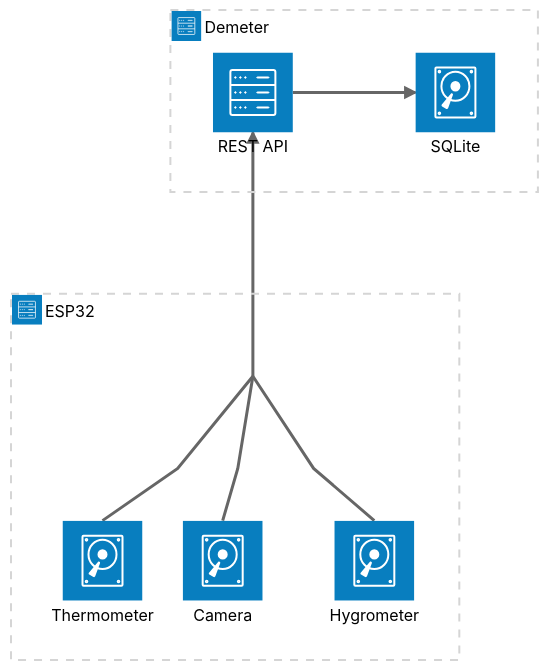
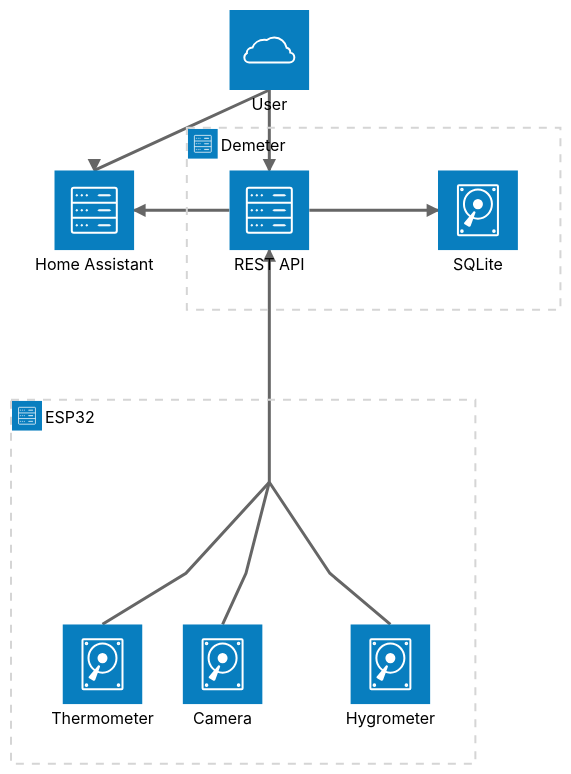
One commit to SethCurry/demeter changed the diagram in docs/content/docs/guides/01-getting-started/index.md. Above: the diagram before and after it, drawn with Mermaid (neutral theme). The commit also changed other lines of this file and 4 other files, not shown here.

````diff
--- a/docs/content/docs/guides/01-getting-started/index.md
+++ b/docs/content/docs/guides/01-getting-started/index.md
@@ -15,26 +47,33 @@
 ```mermaid
 architecture-beta
     group esp(server)[ESP32]
     group demeter(server)[Demeter]
+    service user(cloud)[User]
 
     service api(server)[REST API] in demeter
     service db(disk)[SQLite] in demeter
     api:R --> L:db
+
+    service homeassistant(server)[Home Assistant]
+    api:L --> R:homeassistant
 
     junction websocket in esp
 
     service camera(disk)[Camera] in esp
     camera:T -- B:websocket
 
     service thermometer(disk)[Thermometer] in esp
     thermometer:T -- B:websocket
 
     service hygrometer(disk)[Hygrometer] in esp
     hygrometer:T -- B:websocket
 
+    user:B --> T:api
+    user:B --> T:homeassistant
+
     websocket:T --> B:api
 
-    align row api db
+    align row homeassistant api db
     align row thermometer camera hygrometer
-    align column api websocket
+    align column user api websocket
 ```
````
